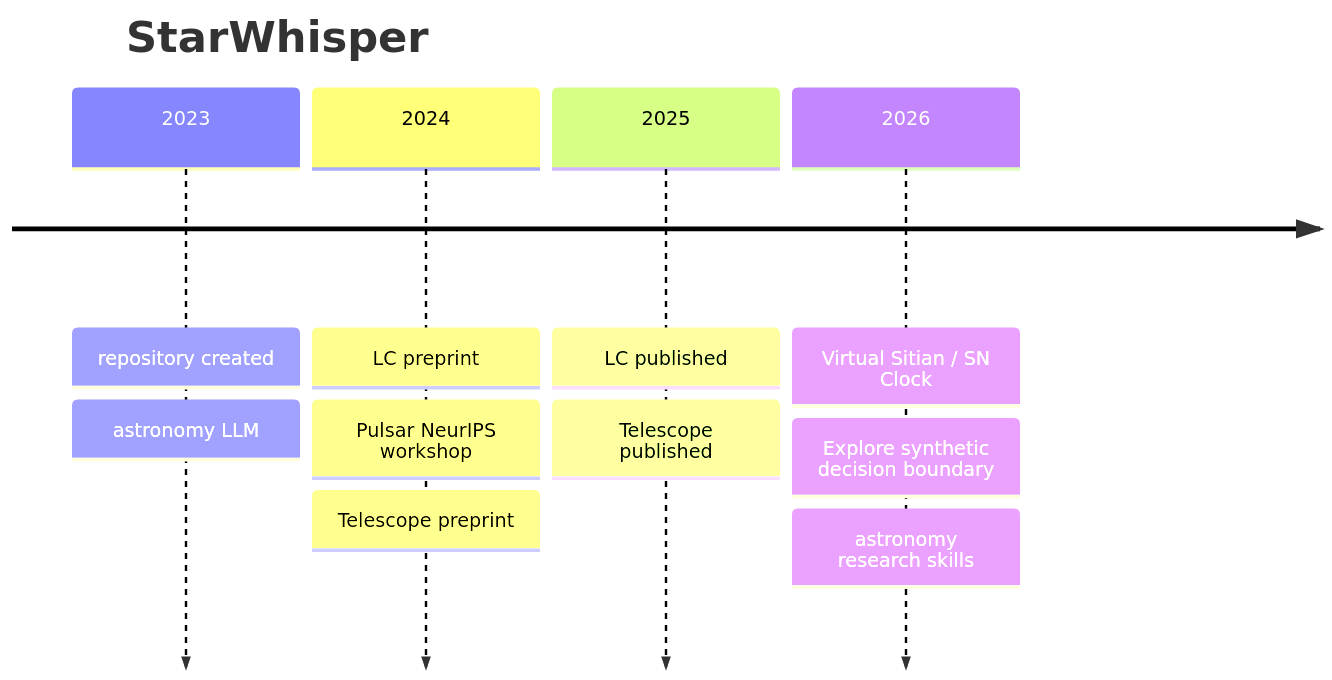
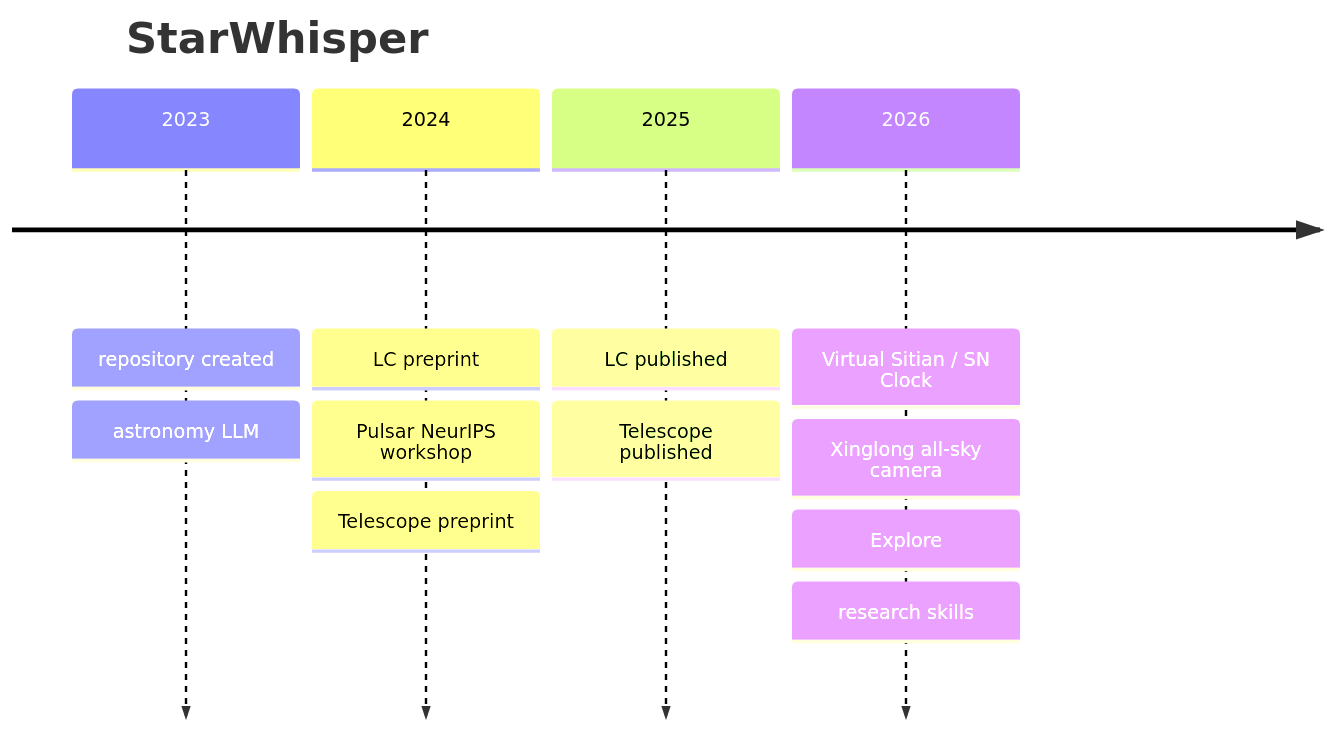
One commit to Yu-Yang-Li/StarWhisper changed the diagram in README_EN.md. Above: the diagram before and after it, drawn with Mermaid. The commit also changed other lines of this file and 1 other file, not shown here.

First line of the commit message:
docs(readme): map other Yu-Yang-Li astronomy repos onto the timeline

````diff
--- a/README_EN.md
+++ b/README_EN.md
@@ -32,8 +46,8 @@
 ```mermaid
 timeline
     title StarWhisper
     2023 : repository created : astronomy LLM
     2024 : LC preprint : Pulsar NeurIPS workshop : Telescope preprint
     2025 : LC published : Telescope published
-    2026 : Virtual Sitian / SN Clock : Explore synthetic decision boundary : astronomy research skills
+    2026 : Virtual Sitian / SN Clock : Xinglong all-sky camera : Explore : research skills
 ```
````
